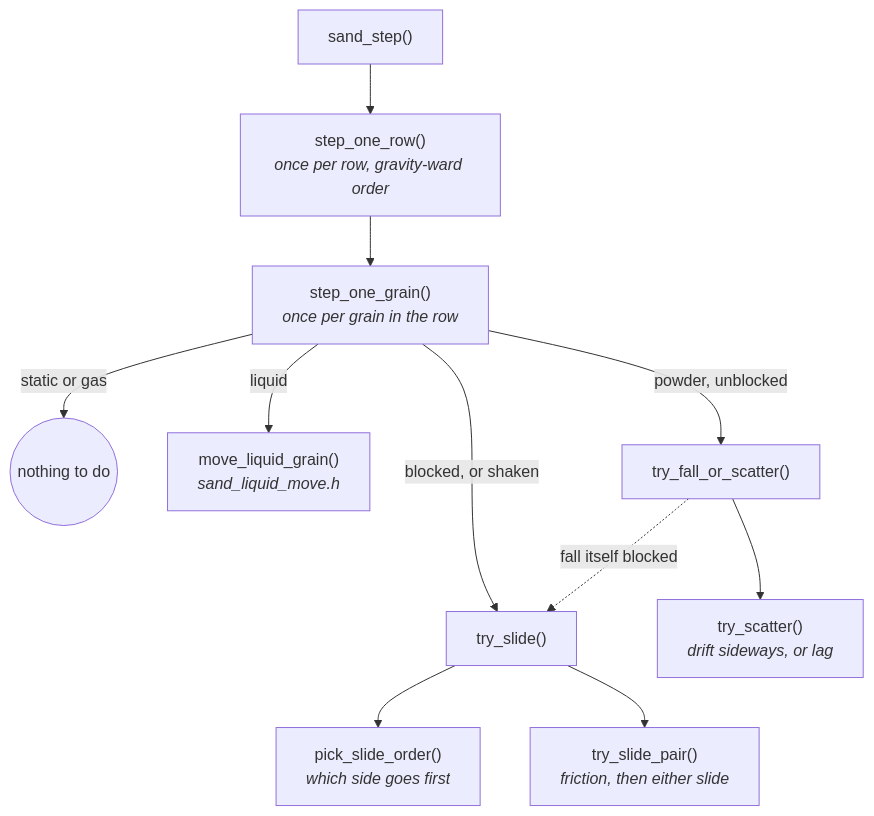
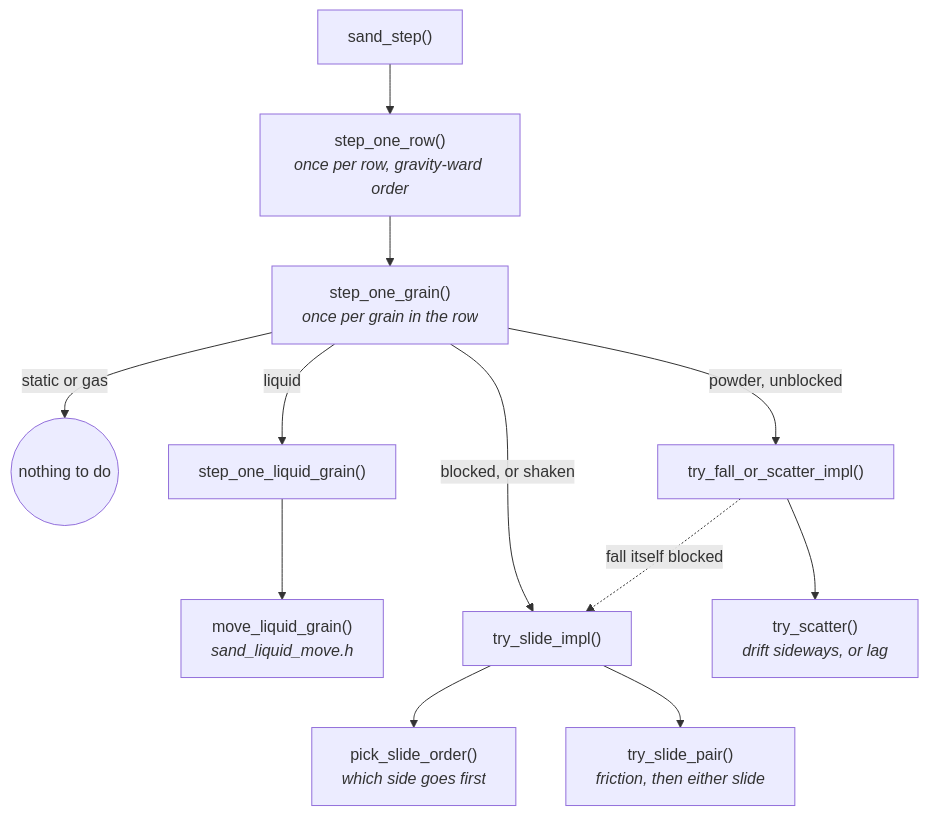
One commit to jose-villegas/autana changed the third of 4 diagrams in docs/sand/Sand-Simulation.md. Above: the diagram before and after it, drawn with Mermaid. The commit also changed other lines of this file and 4 other files, not shown here.

````diff
--- a/docs/sand/Sand-Simulation.md
+++ b/docs/sand/Sand-Simulation.md
@@ -1639,16 +1673,17 @@
 ```mermaid
 flowchart TB
     STEP["sand_step()"] --> ROW["step_one_row()<br/><i>once per row, gravity-ward order</i>"]
     ROW --> GRAIN["step_one_grain()<br/><i>once per grain in the row</i>"]
 
     GRAIN -->|"static or gas"| SKIP(("nothing to do"))
-    GRAIN -->|"liquid"| LIQ["move_liquid_grain()<br/><i>sand_liquid_move.h</i>"]
-    GRAIN -->|"powder, unblocked"| FALL["try_fall_or_scatter()"]
-    GRAIN -->|"blocked, or shaken"| SLIDE["try_slide()"]
+    GRAIN -->|"liquid"| LIQSTEP["step_one_liquid_grain()"]
+    LIQSTEP --> LIQ["move_liquid_grain()<br/><i>sand_liquid_move.h</i>"]
+    GRAIN -->|"powder, unblocked"| FALL["try_fall_or_scatter_impl()"]
+    GRAIN -->|"blocked, or shaken"| SLIDE["try_slide_impl()"]
 
     FALL --> SCATTER["try_scatter()<br/><i>drift sideways, or lag</i>"]
     FALL -.->|"fall itself blocked"| SLIDE
 
     SLIDE --> ORDER["pick_slide_order()<br/><i>which side goes first</i>"]
     SLIDE --> PAIR["try_slide_pair()<br/><i>friction, then either slide</i>"]
 ```
````
